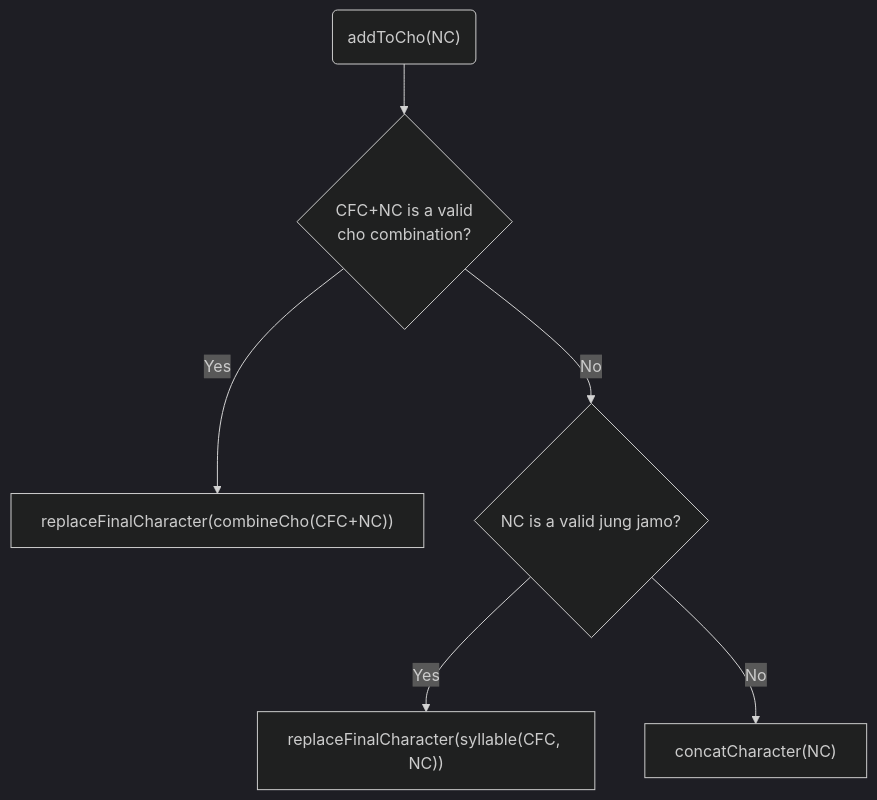
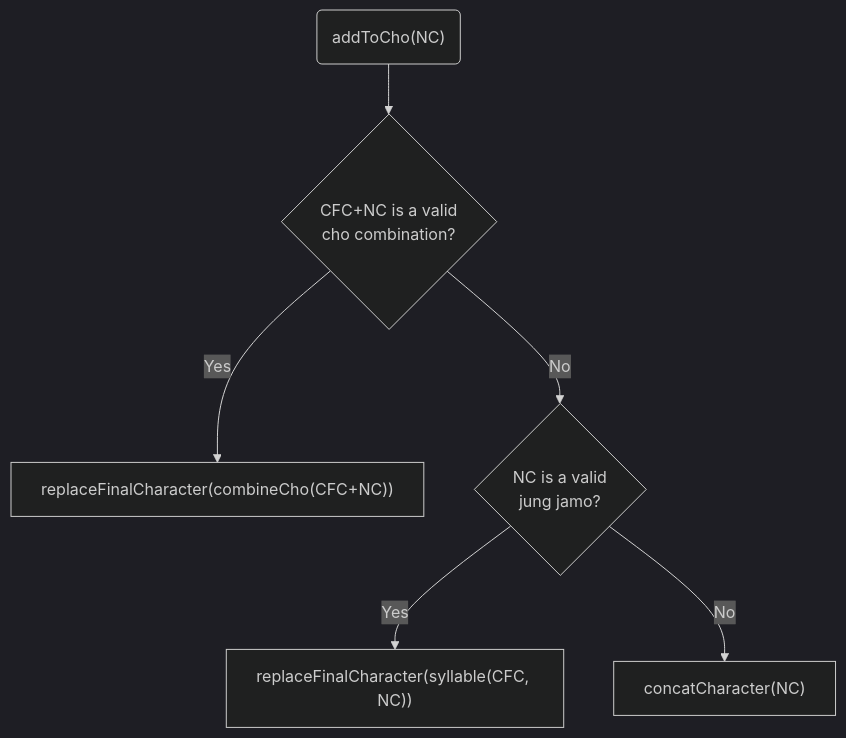
One commit to gsouf/dart-hangul changed the second of 4 diagrams in doc/dev/hangul_input_flow.md. Above: the diagram before and after it, drawn with Mermaid (dark theme). The commit also changed other lines of this file, not shown here.

````diff
--- a/doc/dev/hangul_input_flow.md
+++ b/doc/dev/hangul_input_flow.md
@@ -35,8 +35,8 @@
 ```mermaid
 graph TD
   A("addToCho(NC)") --> B{CFC+NC is a valid<br/>cho combination?}
   B --> |Yes| C["replaceFinalCharacter(combineCho(CFC+NC))"]
-  B --> |No| D{NC is a valid jung jamo?}
+  B --> |No| D{NC is a valid<br/>jung jamo?}
   D --> |Yes| E["replaceFinalCharacter(syllable(CFC, NC))"]
   D --> |No| F["concatCharacter(NC)"]
 ```
````
